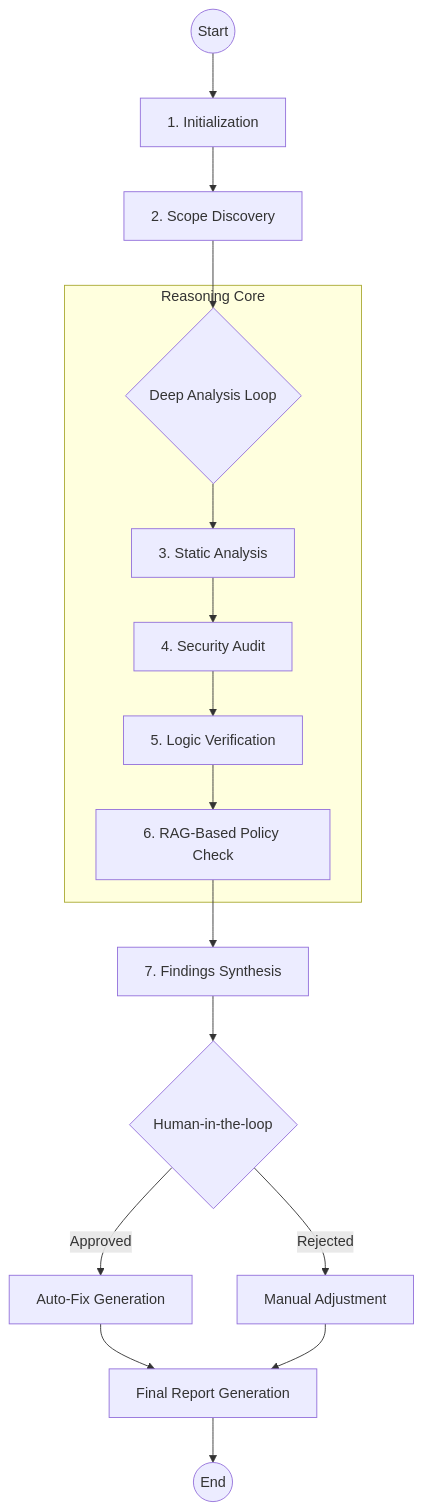
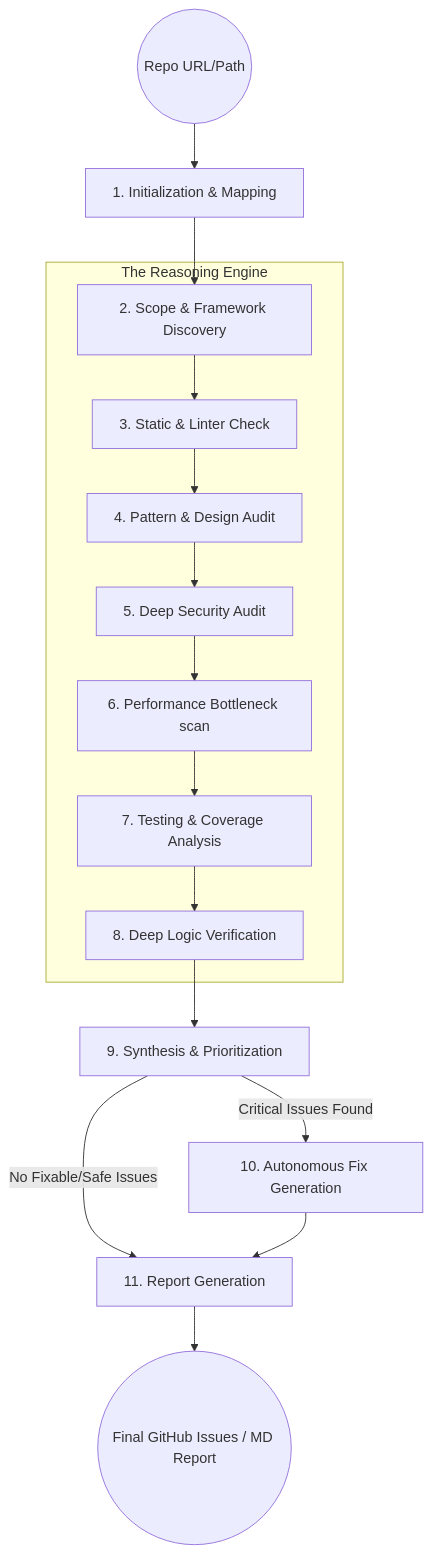
One commit to Ismail-2001/Code-Review-and-Debugging-Agent changed the diagram in README.md. Above: the diagram before and after it, drawn with Mermaid. The commit also changed other lines of this file, not shown here.

Commit message:
docs: overhaul README with 11-phase agentic pipeline specs, autonomous fix generation docs, and cognitive architecture diagrams

````diff
--- a/README.md
+++ b/README.md
@@ -18,23 +67,22 @@
 ```mermaid
 graph TD
-    Start((Start)) --> Init[1. Initialization]
-    Init --> Scope[2. Scope Discovery]
-    Scope --> Analysis{Deep Analysis Loop}
+    Start((Repo URL/Path)) --> Init[1. Initialization & Mapping]
+    Init --> Scope[2. Scope & Framework Discovery]
     
-    subgraph "Reasoning Core"
-    Analysis --> Static[3. Static Analysis]
-    Static --> Security[4. Security Audit]
-    Security --> Logic[5. Logic Verification]
-    Logic --> Policy[6. RAG-Based Policy Check]
+    subgraph "The Reasoning Engine"
+    Scope --> Static[3. Static & Linter Check]
+    Static --> Pattern[4. Pattern & Design Audit]
+    Pattern --> Security[5. Deep Security Audit]
+    Security --> Perform[6. Performance Bottleneck scan]
+    Perform --> Testing[7. Testing & Coverage Analysis]
+    Testing --> Logic[8. Deep Logic Verification]
     end
     
-    Policy --> Synthesis[7. Findings Synthesis]
-    Synthesis --> HITL{Human-in-the-loop}
+    Logic --> Synth[9. Synthesis & Prioritization]
     
-    HITL -- Approved --> Fix[Auto-Fix Generation]
-    HITL -- Rejected --> Adjust[Manual Adjustment]
+    Synth -- Critical Issues Found --> Fix[10. Autonomous Fix Generation]
+    Synth -- "No Fixable/Safe Issues" --> Report[11. Report Generation]
     
-    Fix --> Report[Final Report Generation]
-    Adjust --> Report
-    Report --> End((End))
+    Fix --> Report
+    Report --> End((Final GitHub Issues / MD Report))
 ```
````
